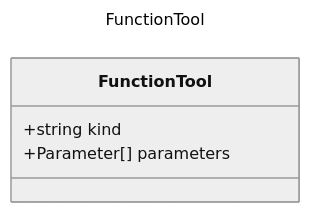
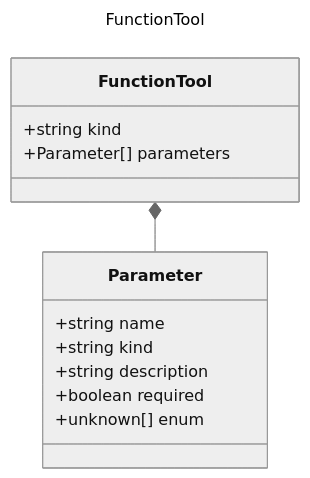
Before and after one commit to microsoft/prompty: the diagram in specification/prompty/docs/FunctionTool.md, drawn with Mermaid (neutral theme). The commit also changed 12 other files, not shown here.

Commit message:
renforced compositional types into diagrams

````diff
--- a/specification/prompty/docs/FunctionTool.md
+++ b/specification/prompty/docs/FunctionTool.md
@@ -7,10 +7,18 @@
 ```mermaid
 ---
 title: FunctionTool
 ---
 classDiagram
     class FunctionTool {
         +string kind
         +Parameter[] parameters
     }
+    class Parameter {
+        +string name
+        +string kind
+        +string description
+        +boolean required
+        +unknown[] enum
+    }
+    FunctionTool *-- Parameter
 ```
````
